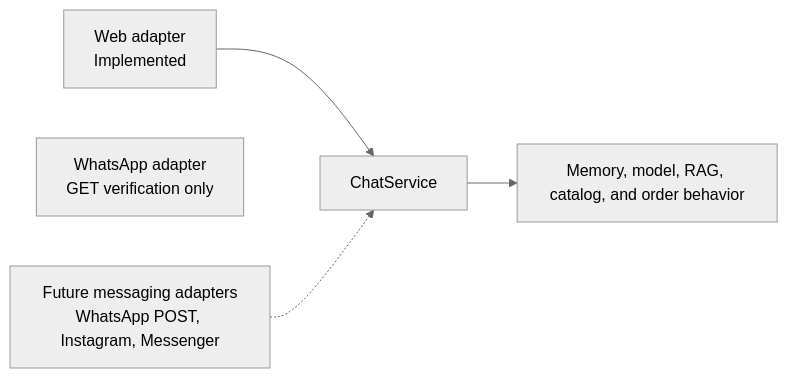
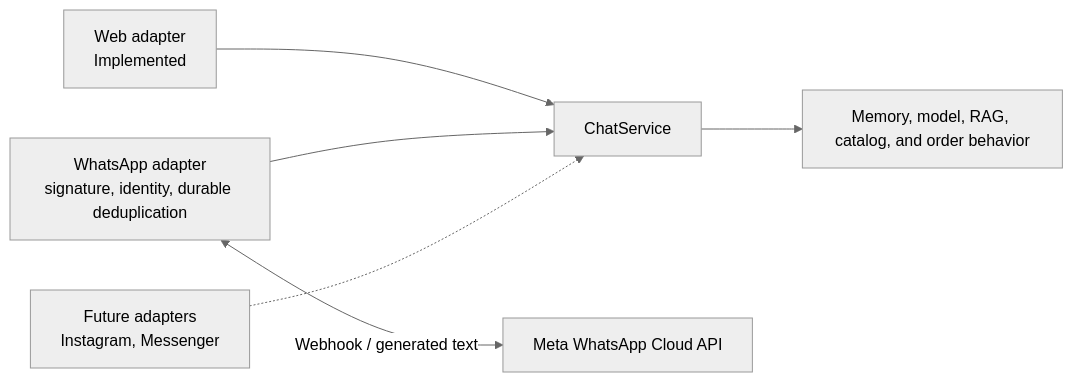
The fifth of 5 diagrams in ARCHITECTURE.md (juanjosechiroque/nestjs-multichannel-ai-chatbot-engine), drawn with Mermaid (neutral theme) before and after one commit. The commit also changed other lines of this file and 24 other files, not shown here.

````diff
--- a/ARCHITECTURE.md
+++ b/ARCHITECTURE.md
@@ -267,7 +293,8 @@
 ```mermaid
 flowchart LR
     web["Web adapter<br/>Implemented"] --> chat["ChatService"]
-    whatsapp["WhatsApp adapter<br/>GET verification only"]
-    future["Future messaging adapters<br/>WhatsApp POST, Instagram, Messenger"] -.-> chat
+    whatsapp["WhatsApp adapter<br/>signature, identity, durable deduplication"] --> chat
+    whatsapp <-->|"Webhook / generated text"| meta["Meta WhatsApp Cloud API"]
+    future["Future adapters<br/>Instagram, Messenger"] -.-> chat
     chat --> behavior["Memory, model, RAG, catalog, and order behavior"]
 ```
````
